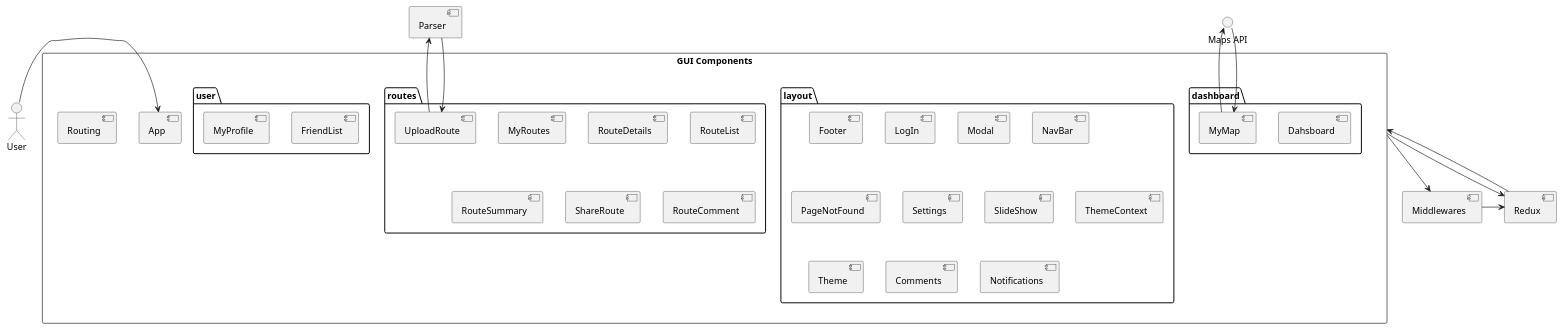
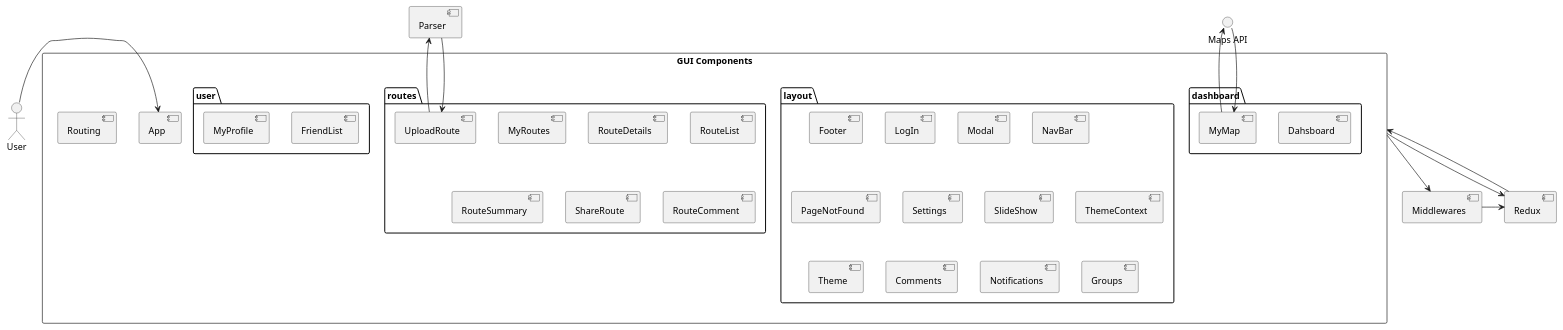
One commit to Arquisoft/viade_en1b changed the diagram in src/docs/diagrams/05-04_whiteboxReact.puml. Above: the diagram before and after it, drawn with PlantUML.

Commit message:
Groups added to diagram

```diff
--- a/src/docs/diagrams/05-04_whiteboxReact.puml
+++ b/src/docs/diagrams/05-04_whiteboxReact.puml
@@ -1,60 +1,61 @@
 @startuml
 
 rectangle "GUI Components" as react {
     folder "dashboard" as dashboard {
         [Dahsboard] as das
         [MyMap] as map
     }
     folder "layout" as layout {
         [Footer] as footer
         [LogIn] as login 
         [Modal] as modal
         [NavBar] as navbar
         [PageNotFound] as pnf 
         [Settings] as settings
         [SlideShow] as ss
         [ThemeContext] as tc 
         [Theme] as th
         [Comments] as comments
         [Notifications] as notifications
+        [Groups] as groups
     }
     folder "routes" as routes {
         [MyRoutes] as mr 
         [RouteDetails] as rd 
         [RouteList] as rl 
         [RouteSummary] as rs 
         [ShareRoute] as sr 
         [UploadRoute] as ur 
         [RouteComment] as rc
     }
     folder "user" as user {
         [FriendList] as fl 
         [MyProfile] as mp 
     }
     [Routing] as routing
     [App] as app
 }
 
 [Redux] as redux
 [Parser] as parser
 [Middlewares] as middlewares
 () "Maps API" as imaps
 
 :User: -right-> app
 ur --> parser
 parser --> ur
 map --> imaps
 imaps --> map
 react -down-> redux
 redux -up-> react
 react -down-> middlewares
 middlewares -right-> redux
 
 
 
 
 
 
 
 
 @enduml
```
